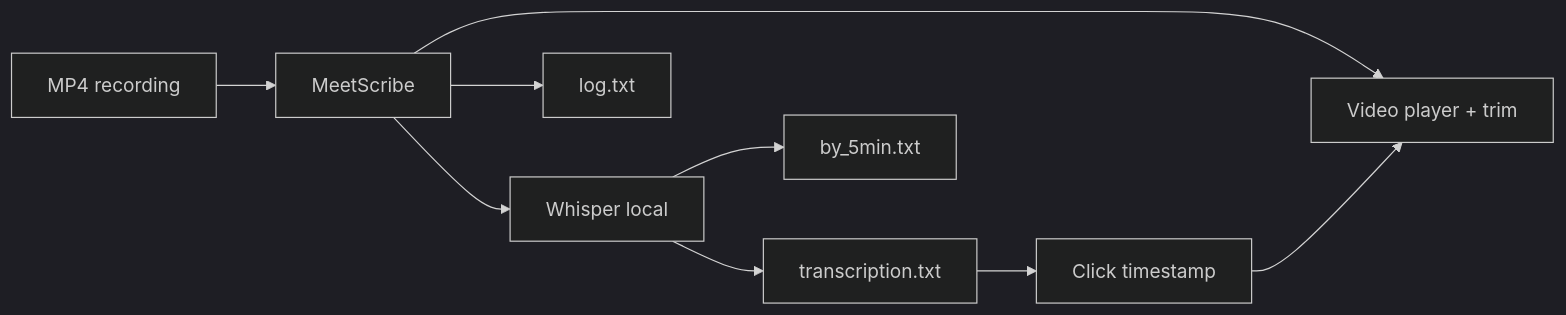
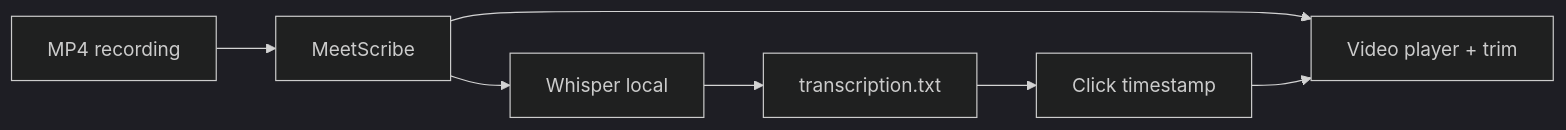
The diagram in README.md (olithin/MeetScribe), drawn with Mermaid (dark theme) before and after one commit. The commit also changed other lines of this file and 10 other files, not shown here.

````diff
--- a/README.md
+++ b/README.md
@@ -34,11 +34,9 @@
 ```mermaid
 flowchart LR
     MP4[MP4 recording] --> App[MeetScribe]
     App --> Player[Video player + trim]
     App --> Whisper[Whisper local]
     Whisper --> TXT[transcription.txt]
-    Whisper --> Chapters[by_5min.txt]
-    App --> Log[log.txt]
     TXT --> Click[Click timestamp]
     Click --> Player
 ```
````
